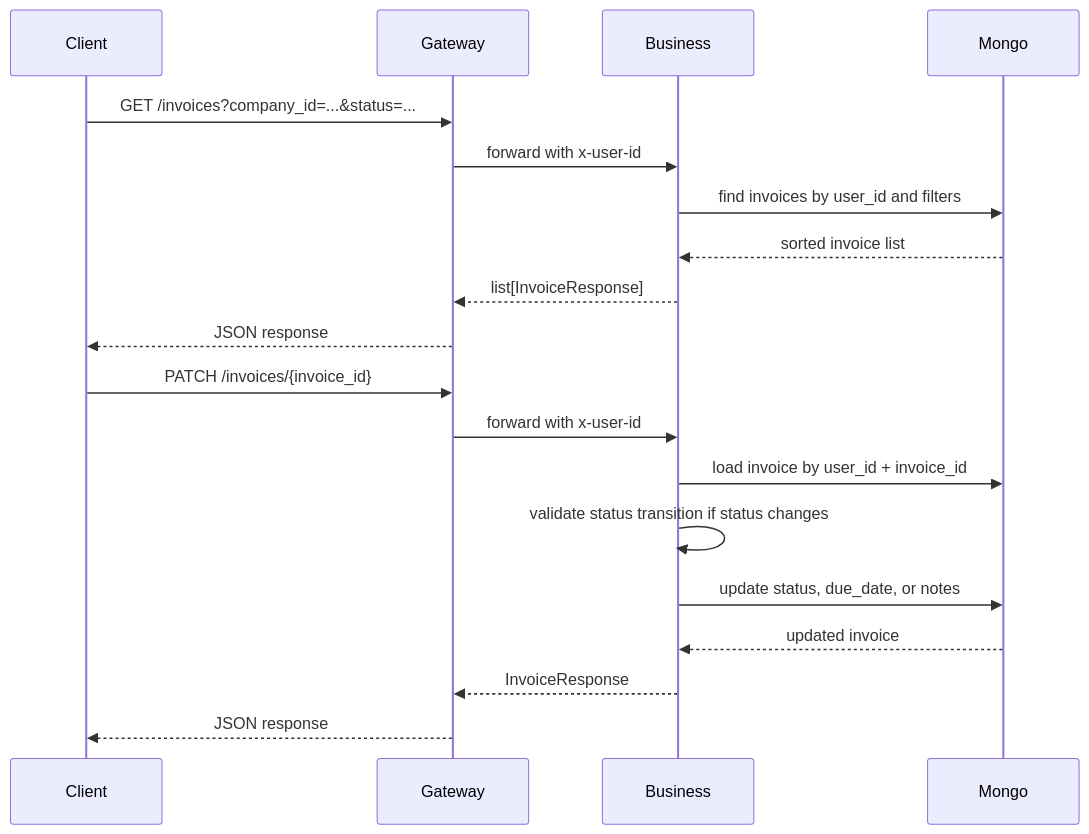
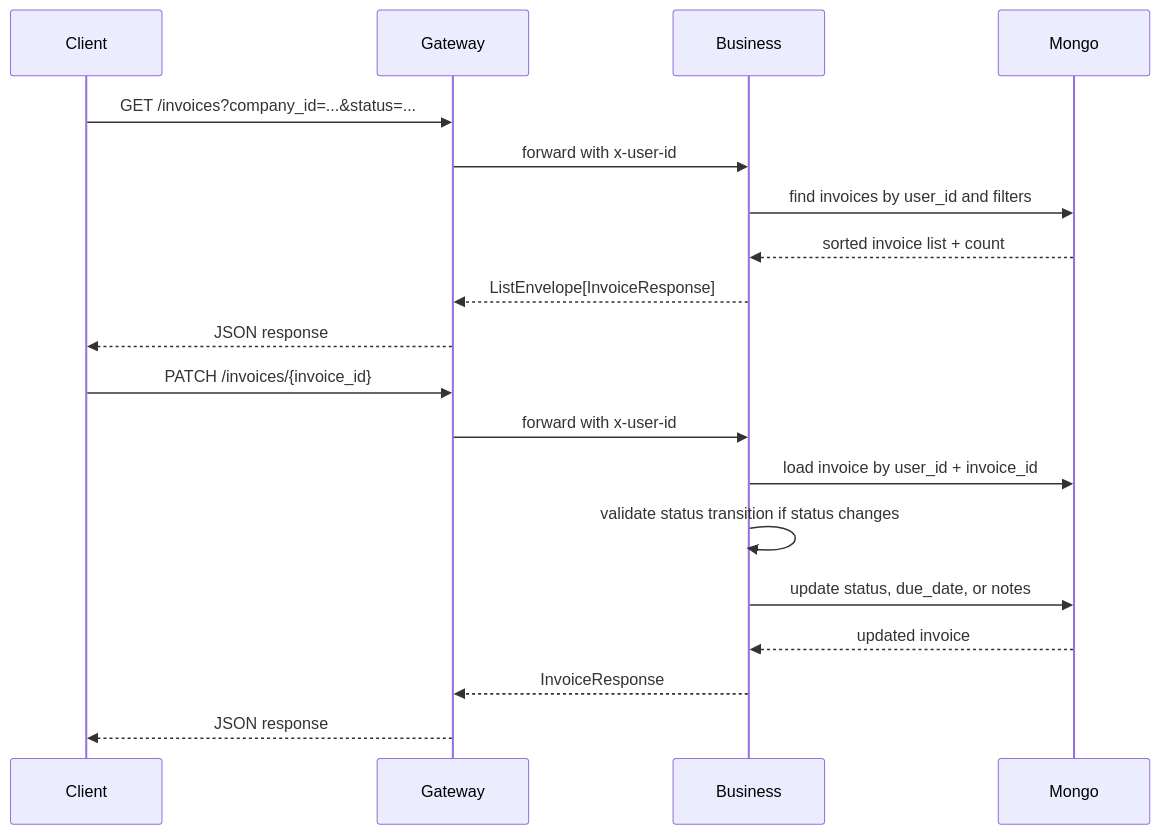
One commit to valiobar/agents changed the fourth of 9 diagrams in docs/services/business/data-flow.md. Above: the diagram before and after it, drawn with Mermaid. The commit also changed other lines of this file and 102 other files, not shown here.

````diff
--- a/docs/services/business/data-flow.md
+++ b/docs/services/business/data-flow.md
@@ -81,23 +81,23 @@
 ```mermaid
 sequenceDiagram
     participant Client
     participant Gateway
     participant Business
     participant Mongo
 
     Client->>Gateway: GET /invoices?company_id=...&status=...
     Gateway->>Business: forward with x-user-id
     Business->>Mongo: find invoices by user_id and filters
-    Mongo-->>Business: sorted invoice list
-    Business-->>Gateway: list[InvoiceResponse]
+    Mongo-->>Business: sorted invoice list + count
+    Business-->>Gateway: ListEnvelope[InvoiceResponse]
     Gateway-->>Client: JSON response
 
     Client->>Gateway: PATCH /invoices/{invoice_id}
     Gateway->>Business: forward with x-user-id
     Business->>Mongo: load invoice by user_id + invoice_id
     Business->>Business: validate status transition if status changes
     Business->>Mongo: update status, due_date, or notes
     Mongo-->>Business: updated invoice
     Business-->>Gateway: InvoiceResponse
     Gateway-->>Client: JSON response
 ```
````
